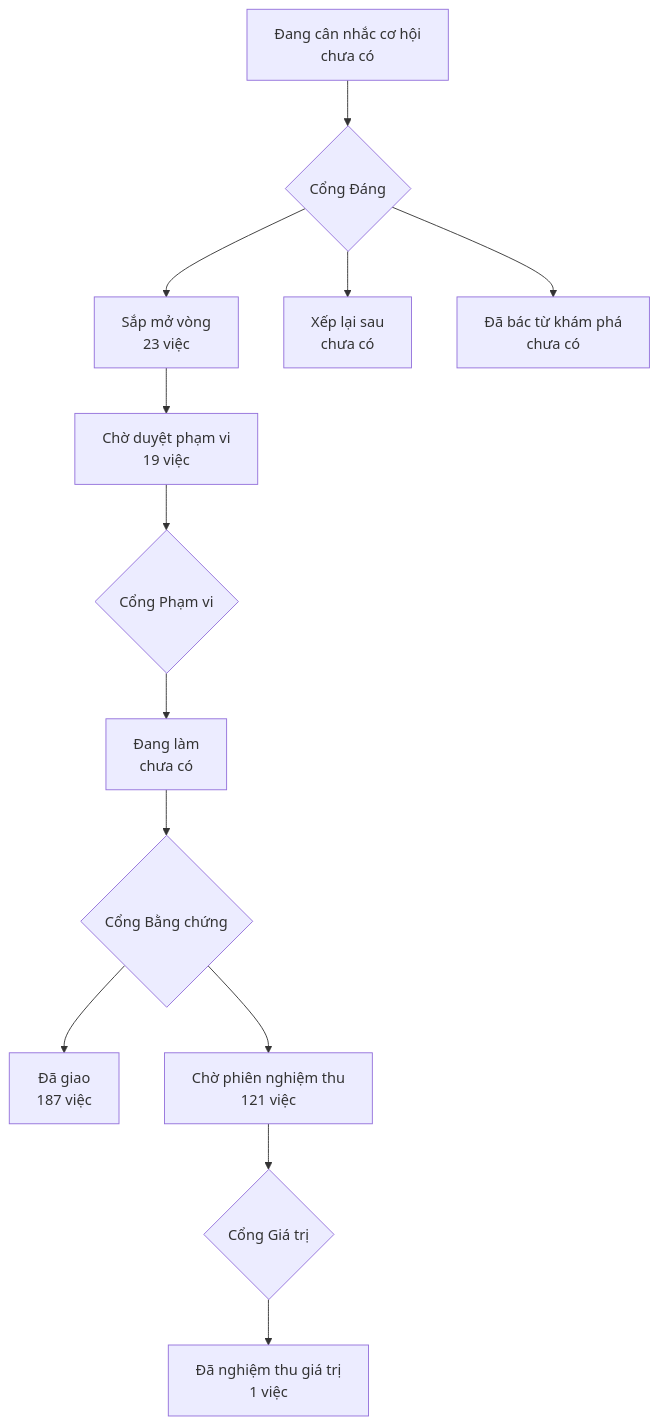
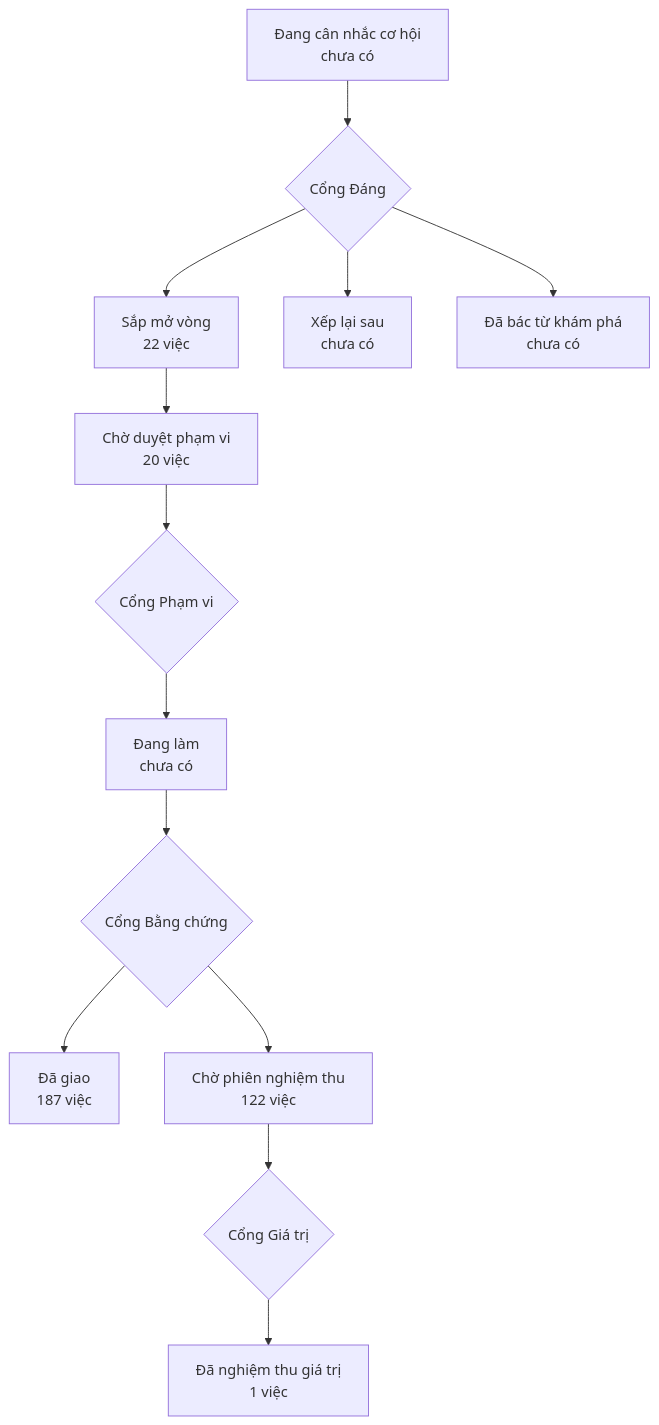
The diagram in PRODUCT-MAP.md (phanlemanh/onehub-invest), drawn with Mermaid before and after one commit. The commit also changed other lines of this file and 1 other file, not shown here.

Commit message:
chore(map): vẽ lại bản đồ sau khi gộp main

````diff
--- a/PRODUCT-MAP.md
+++ b/PRODUCT-MAP.md
@@ -7,12 +7,12 @@
 ```mermaid
 flowchart TD
   A["Đang cân nhắc cơ hội<br/>chưa có"] --> GD{"Cổng Đáng"}
-  GD --> B["Sắp mở vòng<br/>23 việc"]
+  GD --> B["Sắp mở vòng<br/>22 việc"]
   GD --> XL["Xếp lại sau<br/>chưa có"]
   GD --> DB["Đã bác từ khám phá<br/>chưa có"]
-  B --> CD["Chờ duyệt phạm vi<br/>19 việc"] --> GP{"Cổng Phạm vi"}
+  B --> CD["Chờ duyệt phạm vi<br/>20 việc"] --> GP{"Cổng Phạm vi"}
   GP --> DL["Đang làm<br/>chưa có"] --> GB{"Cổng Bằng chứng"}
   GB --> DG["Đã giao<br/>187 việc"]
-  GB --> CN["Chờ phiên nghiệm thu<br/>121 việc"] --> GG{"Cổng Giá trị"}
+  GB --> CN["Chờ phiên nghiệm thu<br/>122 việc"] --> GG{"Cổng Giá trị"}
   GG --> NT["Đã nghiệm thu giá trị<br/>1 việc"]
 ```
````
